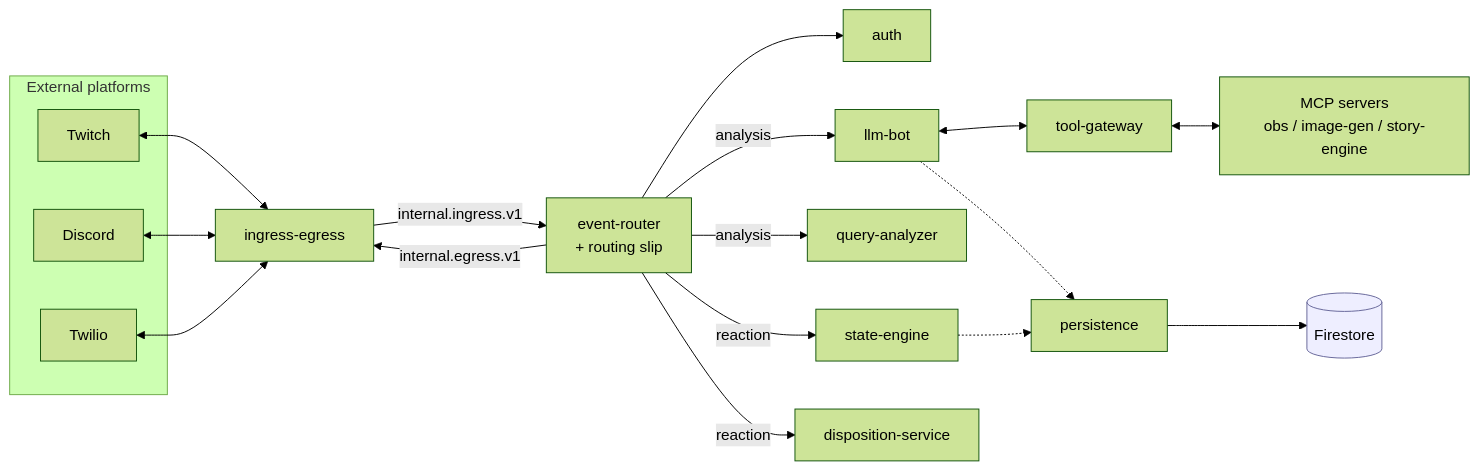
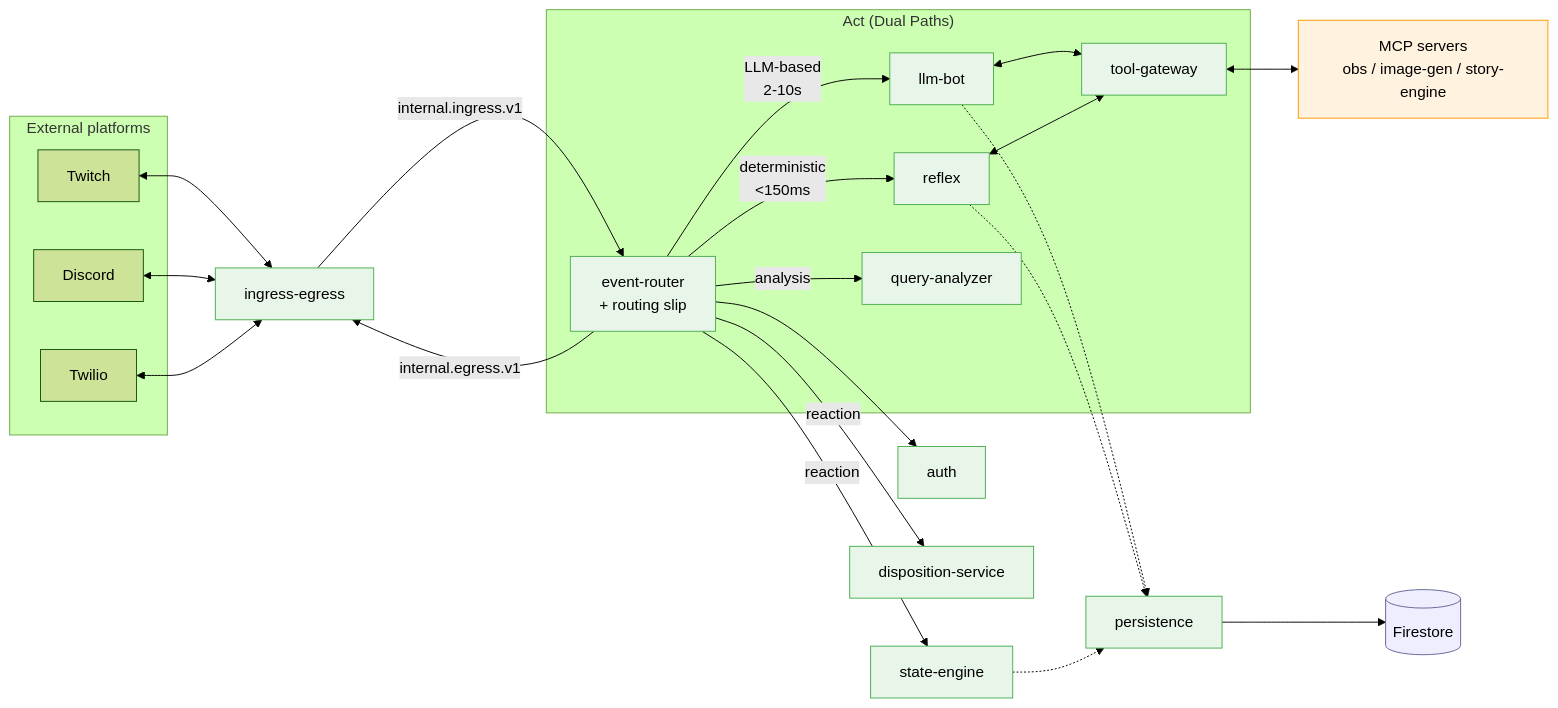
One commit to cnavta/BitBrat changed the diagram in README.md. Above: the diagram before and after it, drawn with Mermaid (forest theme). The commit also changed other lines of this file and 12 other files, not shown here.

First line of the commit message:
Documentation refactor: Platform vs Domain Bits architecture (Phase 1-2)

````diff
--- a/README.md
+++ b/README.md
@@ -119,26 +141,37 @@
 ```mermaid
 flowchart LR
   subgraph External["External platforms"]
     TW[Twitch]
     DC[Discord]
     TL[Twilio]
   end
 
   TW & DC & TL <--> IE[ingress-egress]
 
   IE -->|internal.ingress.v1| ER["event-router<br/>+ routing slip"]
   ER --> AU[auth]
-  ER -->|analysis| LB[llm-bot]
-  ER -->|analysis| QA[query-analyzer]
-  LB <--> TG[tool-gateway]
+
+  subgraph Act["Act (Dual Paths)"]
+    ER -->|deterministic<br/>&lt;150ms| RFX[reflex]
+    ER -->|LLM-based<br/>2-10s| LB[llm-bot]
+    ER -->|analysis| QA[query-analyzer]
+    LB <--> TG[tool-gateway]
+    RFX <--> TG
+  end
+
   TG <--> MCP["MCP servers<br/>obs / image-gen / story-engine"]
   ER -->|reaction| SE[state-engine]
   ER -->|reaction| DS[disposition-service]
   ER -->|internal.egress.v1| IE
   LB -.-> PE[persistence]
+  RFX -.-> PE
   SE -.-> PE
   PE --> FS[(Firestore)]
 
   classDef store fill:#eef,stroke:#669;
+  classDef platform fill:#e8f5e9,stroke:#4caf50;
+  classDef domain fill:#fff3e0,stroke:#ff9800;
   class FS store;
+  class IE,ER,AU,LB,QA,RFX,TG,SE,DS,PE platform;
+  class MCP domain;
 ```
````
